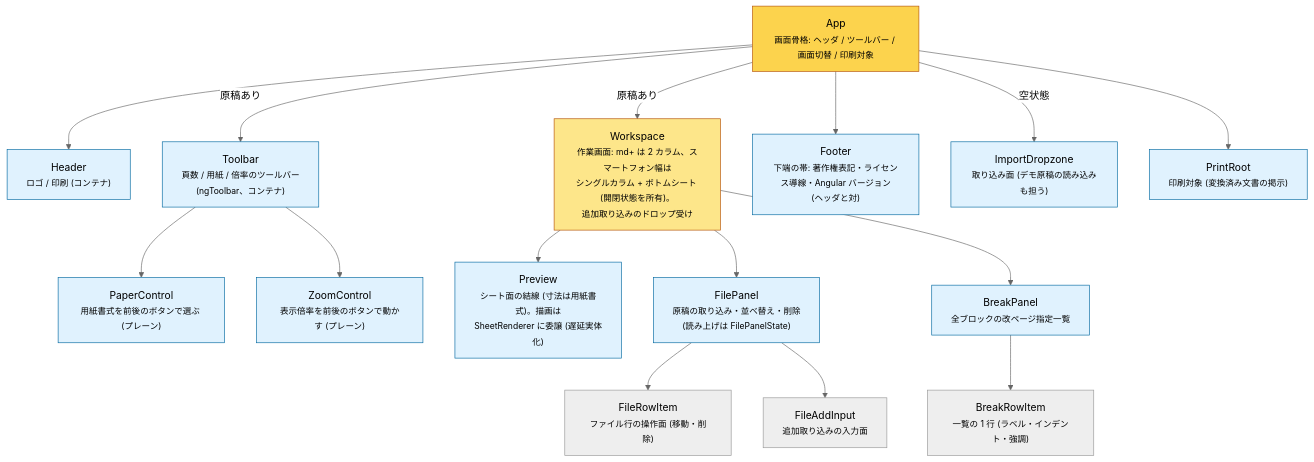
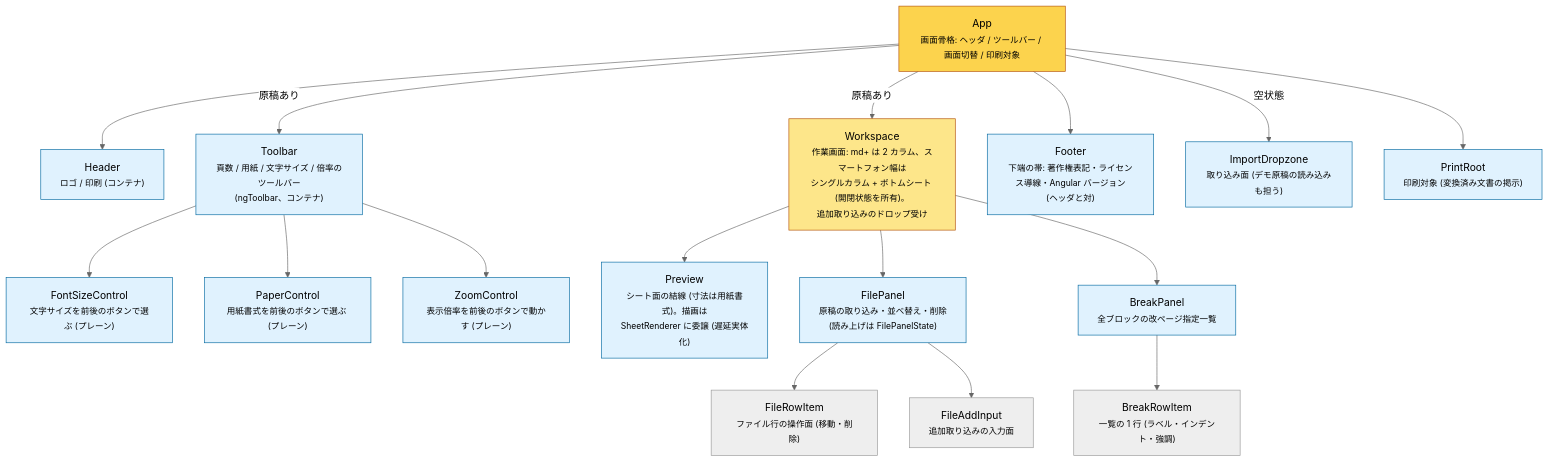
The diagram in docs/component-tree.md (lacolaco/printmd), drawn with Mermaid (neutral theme) before and after one commit. The commit also changed other lines of this file and 16 other files, not shown here.

````diff
--- a/docs/component-tree.md
+++ b/docs/component-tree.md
@@ -6,40 +6,42 @@
 ```mermaid
 flowchart TB
   APP["App<br/><small>画面骨格: ヘッダ / ツールバー / 画面切替 / 印刷対象</small>"]
   HEADER["Header<br/><small>ロゴ / 印刷 (コンテナ)</small>"]
-  TOOLBAR["Toolbar<br/><small>頁数 / 用紙 / 倍率のツールバー<br/>(ngToolbar、コンテナ)</small>"]
+  TOOLBAR["Toolbar<br/><small>頁数 / 用紙 / 文字サイズ / 倍率のツールバー<br/>(ngToolbar、コンテナ)</small>"]
+  FONTC["FontSizeControl<br/><small>文字サイズを前後のボタンで選ぶ (プレーン)</small>"]
   PAPERC["PaperControl<br/><small>用紙書式を前後のボタンで選ぶ (プレーン)</small>"]
   ZOOMC["ZoomControl<br/><small>表示倍率を前後のボタンで動かす (プレーン)</small>"]
   WS["Workspace<br/><small>作業画面: md+ は 2 カラム、スマートフォン幅は<br/>シングルカラム + ボトムシート (開閉状態を所有)。<br/>追加取り込みのドロップ受け</small>"]
   PREVIEW["Preview<br/><small>シート面の結線 (寸法は用紙書式)。描画は<br/>SheetRenderer に委譲 (遅延実体化)</small>"]
   FILEP["FilePanel<br/><small>原稿の取り込み・並べ替え・削除<br/>(読み上げは FilePanelState)</small>"]
   BREAKP["BreakPanel<br/><small>全ブロックの改ページ指定一覧</small>"]
   BREAKROW["BreakRowItem<br/><small>一覧の 1 行 (ラベル・インデント・強調)</small>"]
   FILEROW["FileRowItem<br/><small>ファイル行の操作面 (移動・削除)</small>"]
   FILEADD["FileAddInput<br/><small>追加取り込みの入力面</small>"]
   FOOTER["Footer<br/><small>下端の帯: 著作権表記・ライセンス導線・Angular バージョン<br/>(ヘッダと対)</small>"]
   DROP["ImportDropzone<br/><small>取り込み面 (デモ原稿の読み込みも担う)</small>"]
   PRINT["PrintRoot<br/><small>印刷対象 (変換済み文書の掲示)</small>"]
 
   APP --> HEADER
   APP -->|"原稿あり"| TOOLBAR
   TOOLBAR --> PAPERC
+  TOOLBAR --> FONTC
   TOOLBAR --> ZOOMC
   APP --> FOOTER
   APP -->|"原稿あり"| WS
   APP -->|"空状態"| DROP
   APP --> PRINT
   WS --> PREVIEW
   WS --> FILEP
   WS --> BREAKP
   BREAKP --> BREAKROW
   FILEP --> FILEROW
   FILEP --> FILEADD
 
   classDef shell fill:#fcd34d,stroke:#b45309
   classDef layout fill:#fde68a,stroke:#b45309
   classDef leaf fill:#e0f2fe,stroke:#0369a1
   class APP shell
   class WS layout
-  class HEADER,TOOLBAR,PAPERC,ZOOMC,PREVIEW,FILEP,BREAKP,FOOTER,DROP,PRINT leaf
+  class HEADER,TOOLBAR,PAPERC,FONTC,ZOOMC,PREVIEW,FILEP,BREAKP,FOOTER,DROP,PRINT leaf
 ```
````
